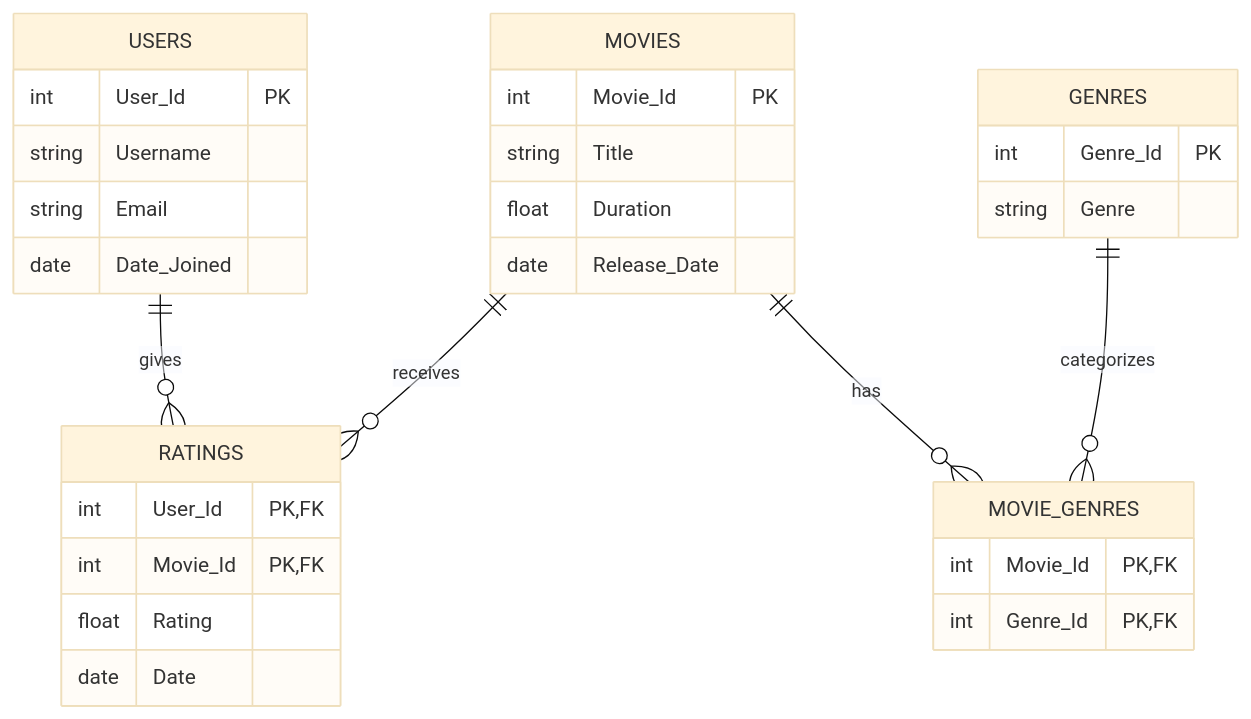
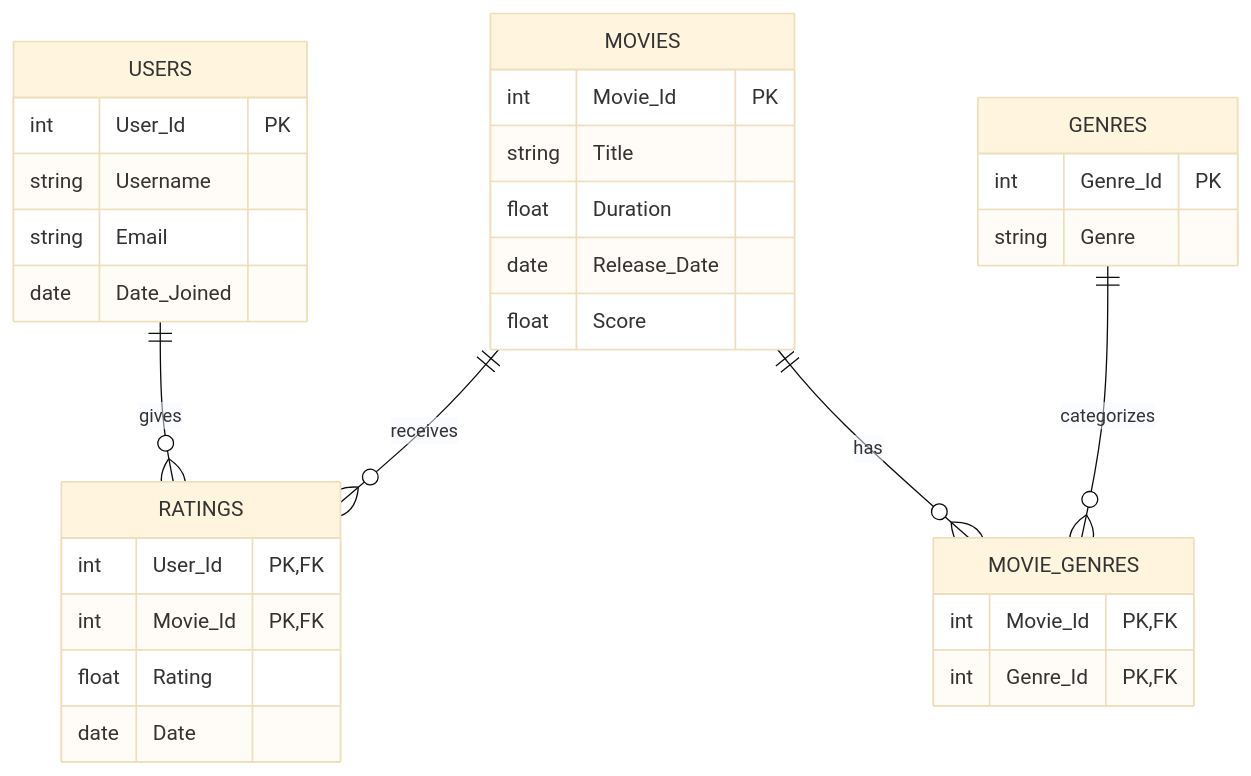
Before and after one commit to bellaboulais/ex603-movie-tv-database: the diagram in schema/erd.mmd, drawn with Mermaid (base theme). The commit also changed 4 other files, not shown here.

Commit message:
Updated schema to include average score for Movies table

```diff
--- a/schema/erd.mmd
+++ b/schema/erd.mmd
@@ -1,36 +1,37 @@
 erDiagram
     USERS ||--o{ RATINGS : gives
     MOVIES ||--o{ RATINGS : receives
     MOVIES ||--o{ MOVIE_GENRES : has
     GENRES ||--o{ MOVIE_GENRES : categorizes
 
     USERS {
         int User_Id PK
         string Username
         string Email
         date Date_Joined
     }
 
     MOVIES {
         int Movie_Id PK
         string Title
         float Duration
         date Release_Date
+        float Score
     }
 
     RATINGS {
         int User_Id PK, FK
         int Movie_Id PK, FK
         float Rating
         date Date
     }
 
     GENRES {
         int Genre_Id PK
         string Genre
     }
 
     MOVIE_GENRES {
         int Movie_Id PK, FK
         int Genre_Id PK, FK
     }
```
